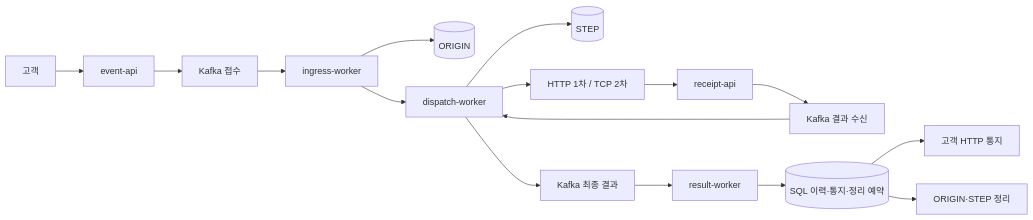
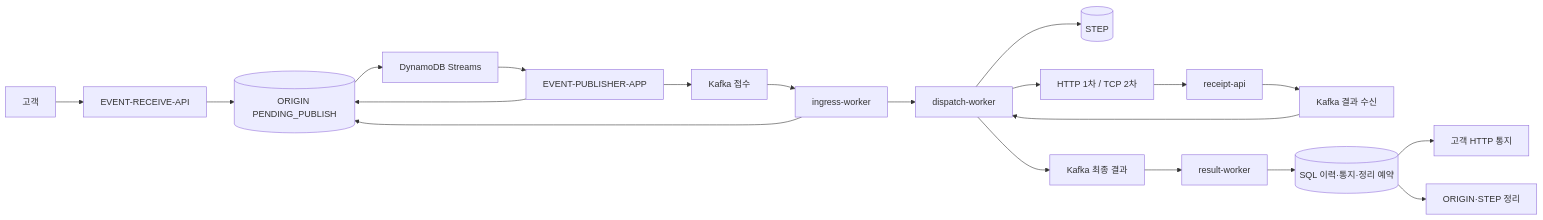
One commit to hyun-seung/High-throughput-event-platform changed the diagram in docs/00-요구사항과-전체-설계.md. Above: the diagram before and after it, drawn with Mermaid. The commit also changed other lines of this file and 8 other files, not shown here.

Commit message:
ORIGIN 선접수와 Streams 발행 설계 확정

````diff
--- a/docs/00-요구사항과-전체-설계.md
+++ b/docs/00-요구사항과-전체-설계.md
@@ -38,18 +40,22 @@
 ```mermaid
 flowchart LR
-    C[고객] --> A[event-api]
-    A --> K[Kafka 접수]
+    C[고객] --> A[EVENT-RECEIVE-API]
+    A --> O[(ORIGIN PENDING_PUBLISH)]
+    O --> T[DynamoDB Streams]
+    T --> B[EVENT-PUBLISHER-APP]
+    B --> K[Kafka 접수]
+    B --> O
     K --> I[ingress-worker]
-    I --> O[(ORIGIN)]
+    I --> O
     I --> D[dispatch-worker]
     D --> S[(STEP)]
     D --> P[HTTP 1차 / TCP 2차]
     P --> W[receipt-api]
     W --> R[Kafka 결과 수신]
     R --> D
     D --> F[Kafka 최종 결과]
     F --> H[result-worker]
     H --> Q[(SQL 이력·통지·정리 예약)]
     Q --> N[고객 HTTP 통지]
     Q --> X[ORIGIN·STEP 정리]
 ```
````
